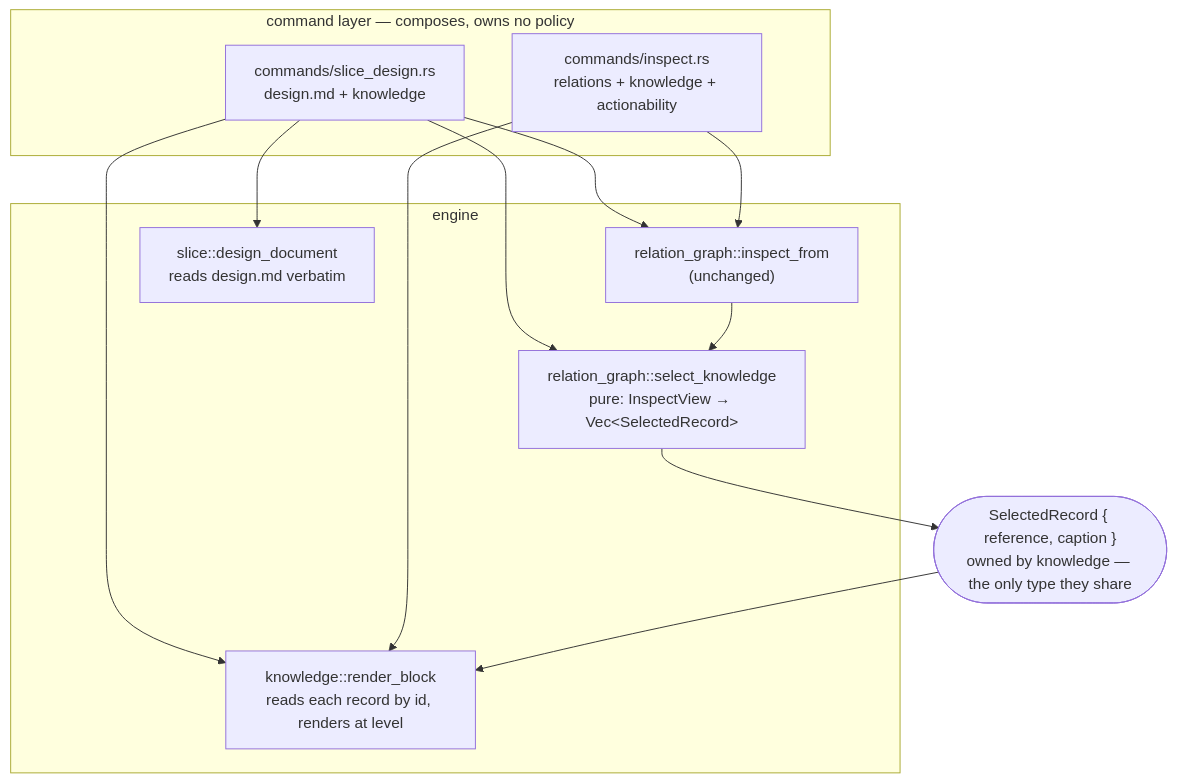
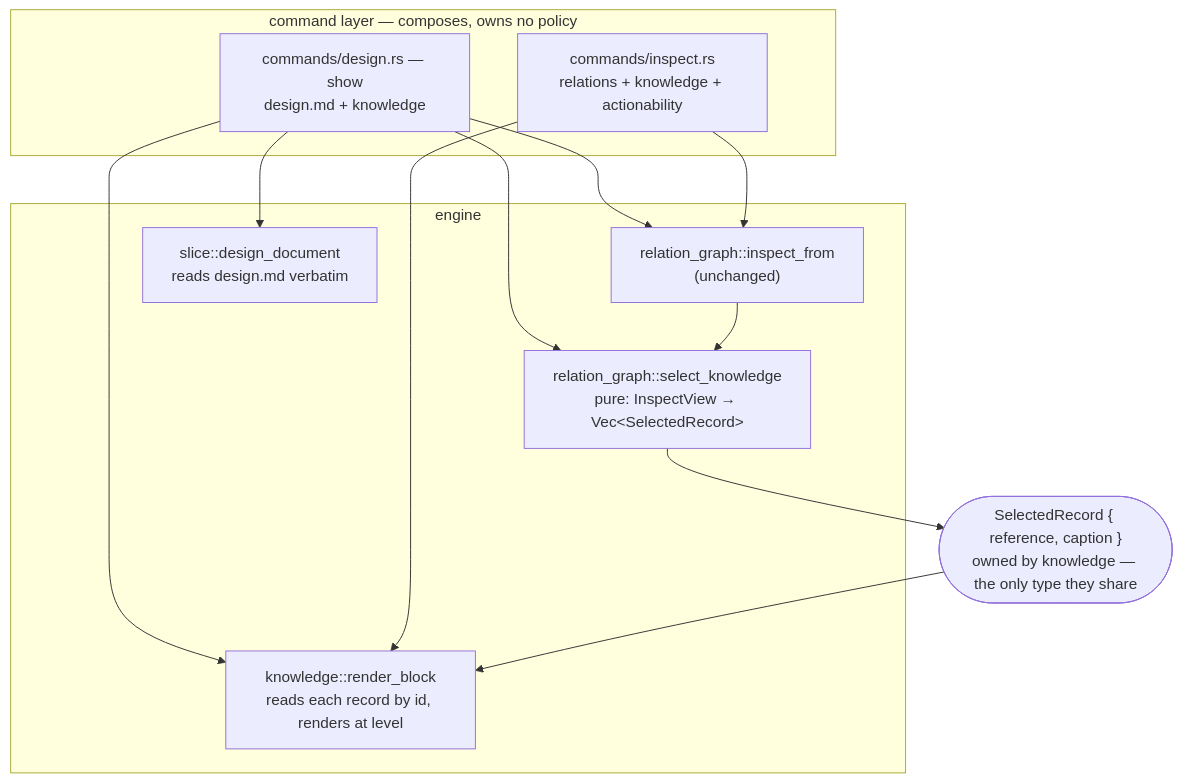
Before and after one commit to davidlee/doctrine: the second of 3 diagrams in .doctrine/slice/246/design.md, drawn with Mermaid. The commit also changed other lines of this file, not shown here.

First line of the commit message:
design(SL-246): integrate RV-370 — re-site on `design show`, repair §5.2/§5.6/§9

````diff
--- a/.doctrine/slice/246/design.md
+++ b/.doctrine/slice/246/design.md
@@ -465,22 +516,22 @@
 ```mermaid
 flowchart TB
   subgraph cl["command layer — composes, owns no policy"]
     CI["commands/inspect.rs<br/>relations + knowledge + actionability"]
-    CSD["commands/slice_design.rs<br/>design.md + knowledge"]
+    CSD["commands/design.rs — show<br/>design.md + knowledge"]
   end
   subgraph eng["engine"]
     SEL["relation_graph::select_knowledge<br/>pure: InspectView → Vec&lt;SelectedRecord&gt;"]
     KR["knowledge::render_block<br/>reads each record by id, renders at level"]
     IF["relation_graph::inspect_from<br/>(unchanged)"]
     SD["slice::design_document<br/>reads design.md verbatim"]
   end
   SR(["SelectedRecord { reference, caption }<br/>owned by knowledge — the only type they share"])
 
   CI --> IF --> SEL
   CSD --> SD
   CSD --> IF
   CSD --> SEL
   SEL --> SR --> KR
   CI --> KR
   CSD --> KR
 ```
````
